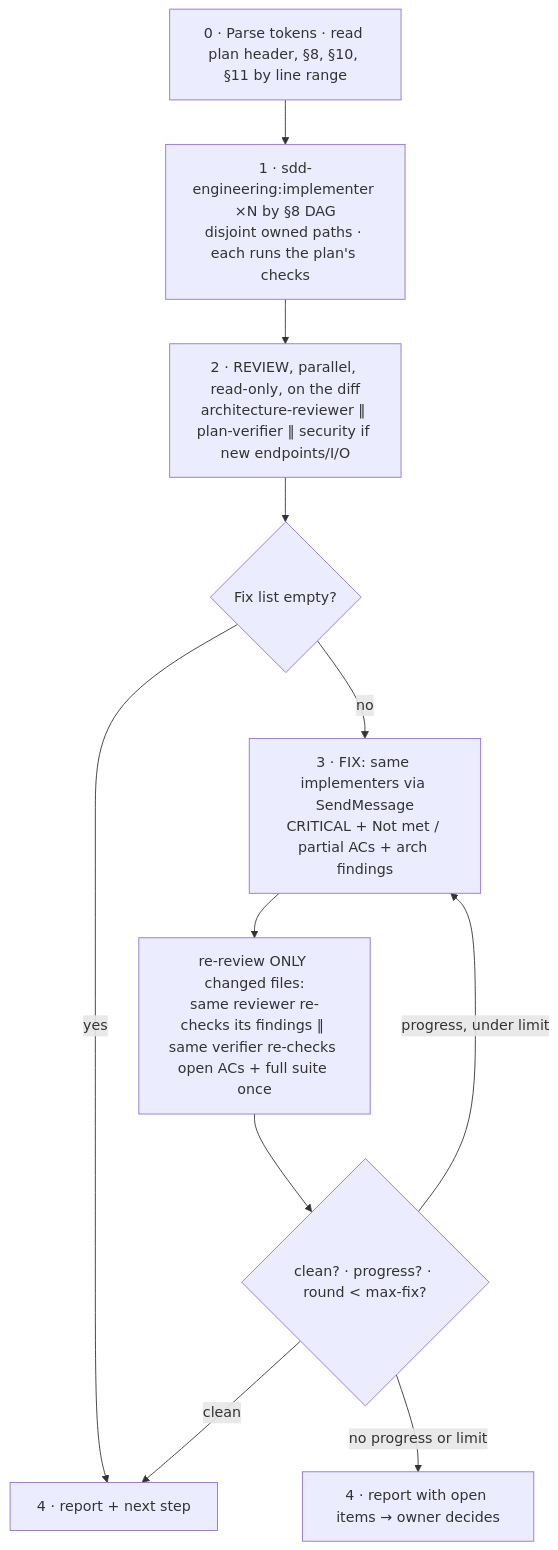
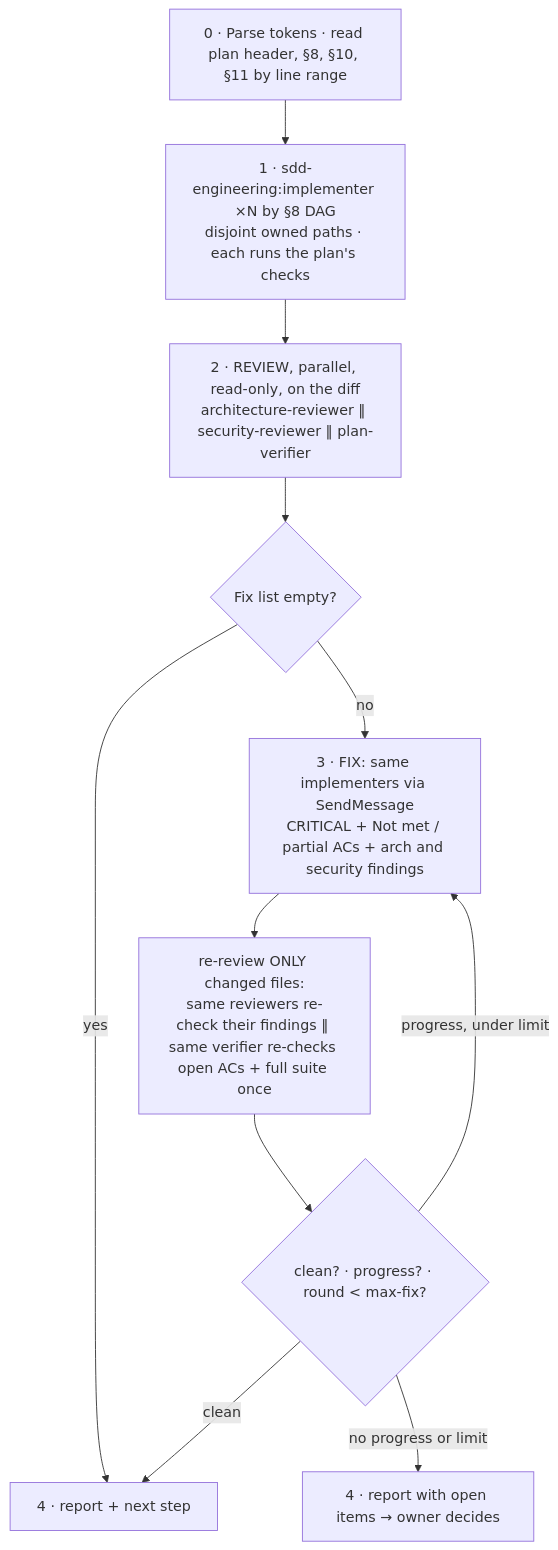
Before and after one commit to OlegDEma/devdigest_team_ai_marketplace: the diagram in plugins/sdd-engineering/skills/run-plan/SKILL.md, drawn with Mermaid. The commit also changed other lines of this file and 13 other files, not shown here.

Commit message:
release: sdd-engineering 1.1.0 (security review in run-plan, review-plan skill) (#13)

````diff
--- a/plugins/sdd-engineering/skills/run-plan/SKILL.md
+++ b/plugins/sdd-engineering/skills/run-plan/SKILL.md
@@ -55,13 +63,13 @@
 ```mermaid
 flowchart TD
   P[0 · Parse tokens · read plan header, §8, §10, §11 by line range] --> L
   L[1 · sdd-engineering:implementer ×N by §8 DAG<br/>disjoint owned paths · each runs the plan's checks] --> R
-  R[2 · REVIEW, parallel, read-only, on the diff<br/>architecture-reviewer ‖ plan-verifier ‖ security if new endpoints/I/O] --> D{Fix list empty?}
+  R[2 · REVIEW, parallel, read-only, on the diff<br/>architecture-reviewer ‖ security-reviewer ‖ plan-verifier] --> D{Fix list empty?}
   D -- yes --> E[4 · report + next step]
-  D -- no --> F[3 · FIX: same implementers via SendMessage<br/>CRITICAL + Not met / partial ACs + arch findings]
-  F --> RR[re-review ONLY changed files:<br/>same reviewer re-checks its findings ‖ same verifier re-checks open ACs + full suite once]
+  D -- no --> F[3 · FIX: same implementers via SendMessage<br/>CRITICAL + Not met / partial ACs + arch and security findings]
+  F --> RR[re-review ONLY changed files:<br/>same reviewers re-check their findings ‖ same verifier re-checks open ACs + full suite once]
   RR --> X{clean? · progress? · round < max-fix?}
   X -- clean --> E
   X -- progress, under limit --> F
   X -- no progress or limit --> E2[4 · report with open items → owner decides]
 ```
````
